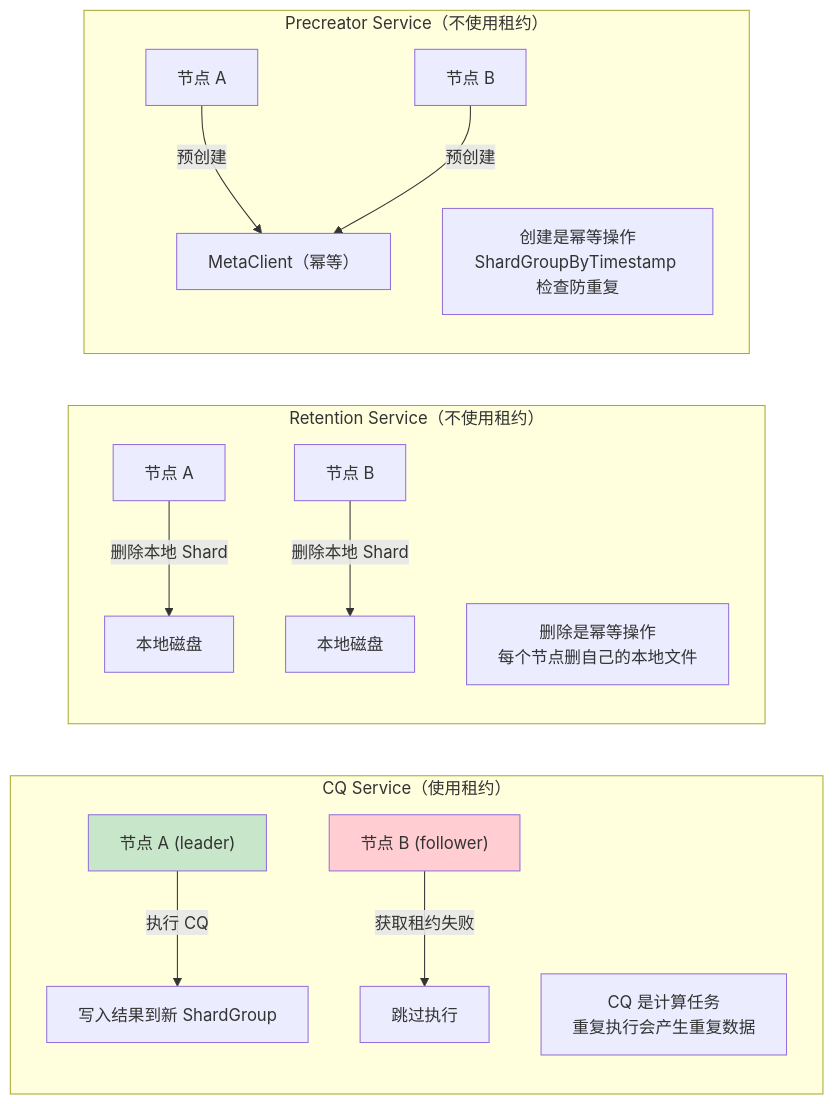
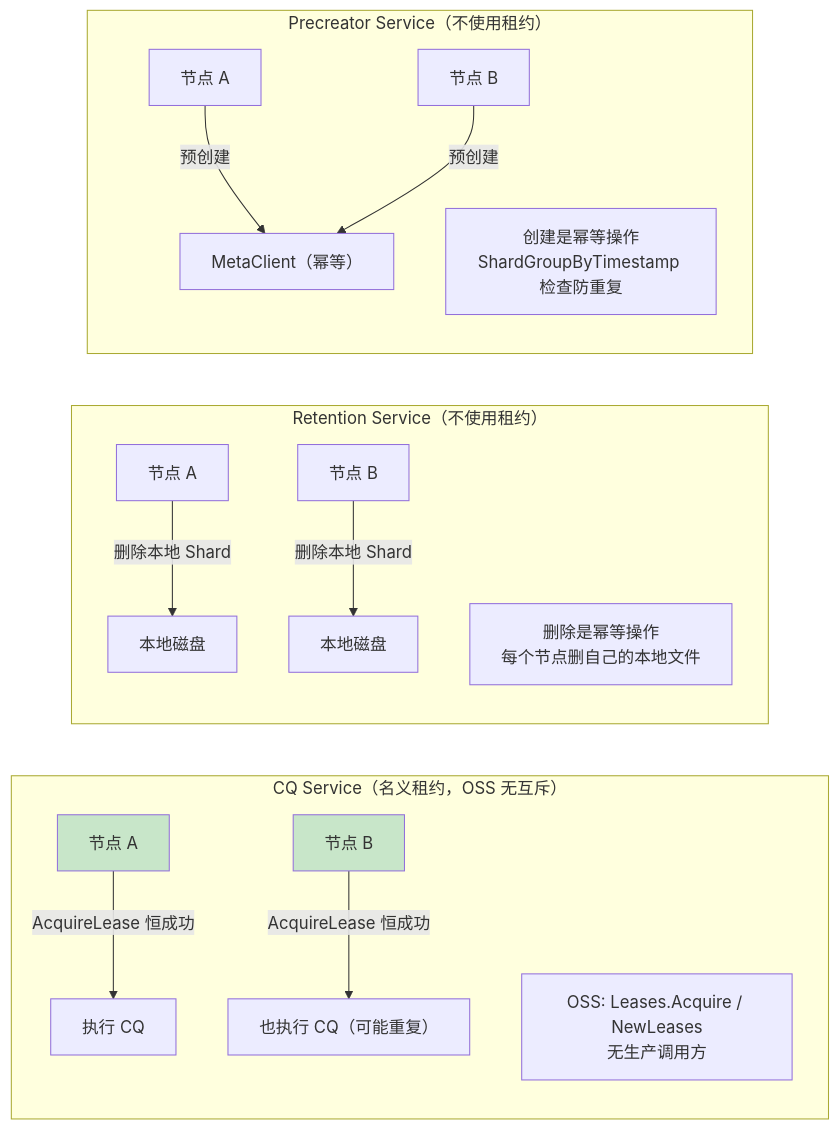
One commit to stefanv5/influxdb changed the second of 17 diagrams in docs/specs/12_background_services_spec.md. Above: the diagram before and after it, drawn with Mermaid. The commit also changed other lines of this file and 16 other files, not shown here.

First line of the commit message:
docs: correct and deepen the 17 architecture specs

````diff
--- a/docs/specs/12_background_services_spec.md
+++ b/docs/specs/12_background_services_spec.md
@@ -59,23 +59,23 @@
 ```mermaid
 flowchart LR
-    subgraph "CQ Service（使用租约）"
-        CQ1["节点 A (leader)"] -->|"执行 CQ"| Result1["写入结果到新 ShardGroup"]
-        CQ2["节点 B (follower)"] -->|"获取租约失败"| Skip1["跳过执行"]
-        Note1["CQ 是计算任务<br/>重复执行会产生重复数据"]
+    subgraph "CQ Service（名义租约，OSS 无互斥）"
+        CQ1["节点 A"] -->|"AcquireLease 恒成功"| Result1["执行 CQ"]
+        CQ2["节点 B"] -->|"AcquireLease 恒成功"| Skip1["也执行 CQ（可能重复）"]
+        Note1["OSS: Leases.Acquire / NewLeases<br/>无生产调用方"]
     end
 
     subgraph "Retention Service（不使用租约）"
         R1["节点 A"] -->|"删除本地 Shard"| DiskA["本地磁盘"]
         R2["节点 B"] -->|"删除本地 Shard"| DiskB["本地磁盘"]
         Note2["删除是幂等操作<br/>每个节点删自己的本地文件"]
     end
 
     subgraph "Precreator Service（不使用租约）"
         P1["节点 A"] -->|"预创建"| Meta["MetaClient（幂等）"]
         P2["节点 B"] -->|"预创建"| Meta
         Note3["创建是幂等操作<br/>ShardGroupByTimestamp 检查防重复"]
     end
 
     style CQ1 fill:#c8e6c9
-    style CQ2 fill:#ffcdd2
+    style CQ2 fill:#c8e6c9
 ```
````
